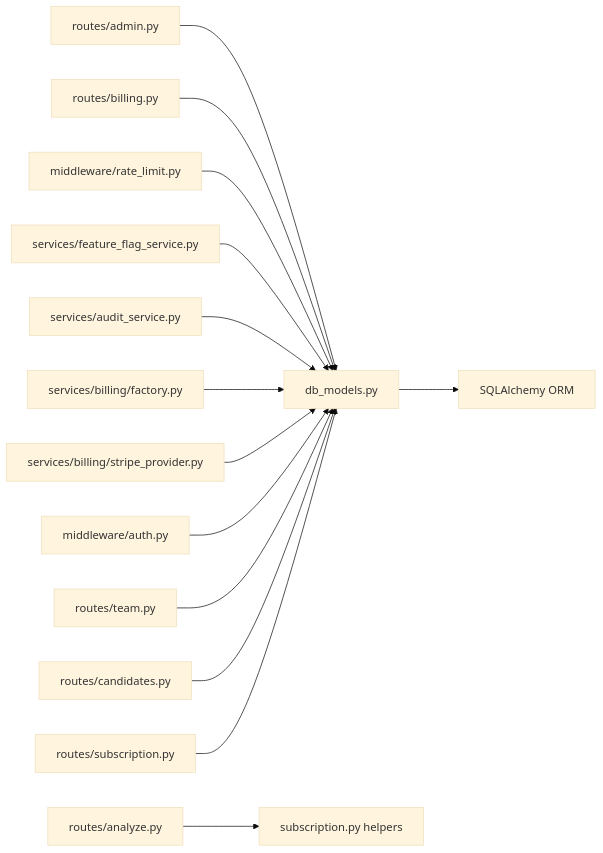
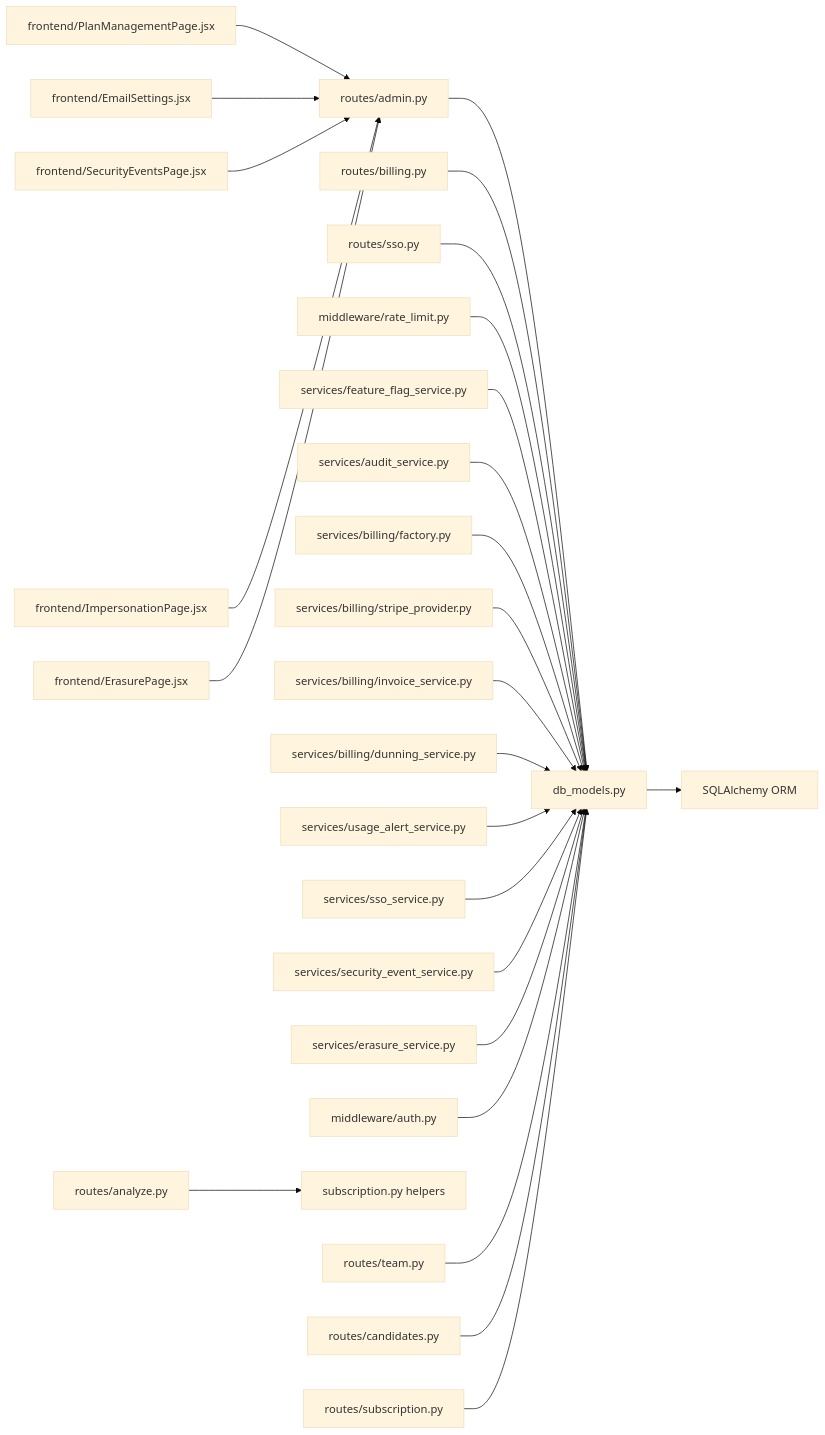
Diagram 22 of 22 in .qoder/repowiki/en/content/Multi-Tenant System/Multi-Tenant System.md (Revanththetalogics/aireume), drawn with Mermaid (base theme) before and after one commit. The commit also changed other lines of this file and 14 other files, not shown here.

````diff
--- a/.qoder/repowiki/en/content/Multi-Tenant System/Multi-Tenant System.md
+++ b/.qoder/repowiki/en/content/Multi-Tenant System/Multi-Tenant System.md
@@ -621,16 +1382,28 @@
 ```mermaid
 graph LR
 AdminRoutes["routes/admin.py"] --> Models["db_models.py"]
 BillingRoutes["routes/billing.py"] --> Models
+SSORoutes["routes/sso.py"] --> Models
 RateLimit["middleware/rate_limit.py"] --> Models
 FeatureService["services/feature_flag_service.py"] --> Models
 AuditService["services/audit_service.py"] --> Models
 Factory["services/billing/factory.py"] --> Models
 StripeProvider["services/billing/stripe_provider.py"] --> Models
+InvoiceService["services/billing/invoice_service.py"] --> Models
+DunningService["services/billing/dunning_service.py"] --> Models
+UsageAlertService["services/usage_alert_service.py"] --> Models
+SSOService["services/sso_service.py"] --> Models
+SecurityEventService["services/security_event_service.py"] --> Models
+ErasureService["services/erasure_service.py"] --> Models
 Auth["middleware/auth.py"] --> Models
 Analyze["routes/analyze.py"] --> SubHelpers["subscription.py helpers"]
 Team["routes/team.py"] --> Models
 Candidates["routes/candidates.py"] --> Models
 Subscription["routes/subscription.py"] --> Models
 Models --> DB["SQLAlchemy ORM"]
+PlanMgmt["frontend/PlanManagementPage.jsx"] --> AdminRoutes
+EmailCfg["frontend/EmailSettings.jsx"] --> AdminRoutes
+SecurityEvents["frontend/SecurityEventsPage.jsx"] --> AdminRoutes
+Impersonation["frontend/ImpersonationPage.jsx"] --> AdminRoutes
+Erasure["frontend/ErasurePage.jsx"] --> AdminRoutes
 ```
````
